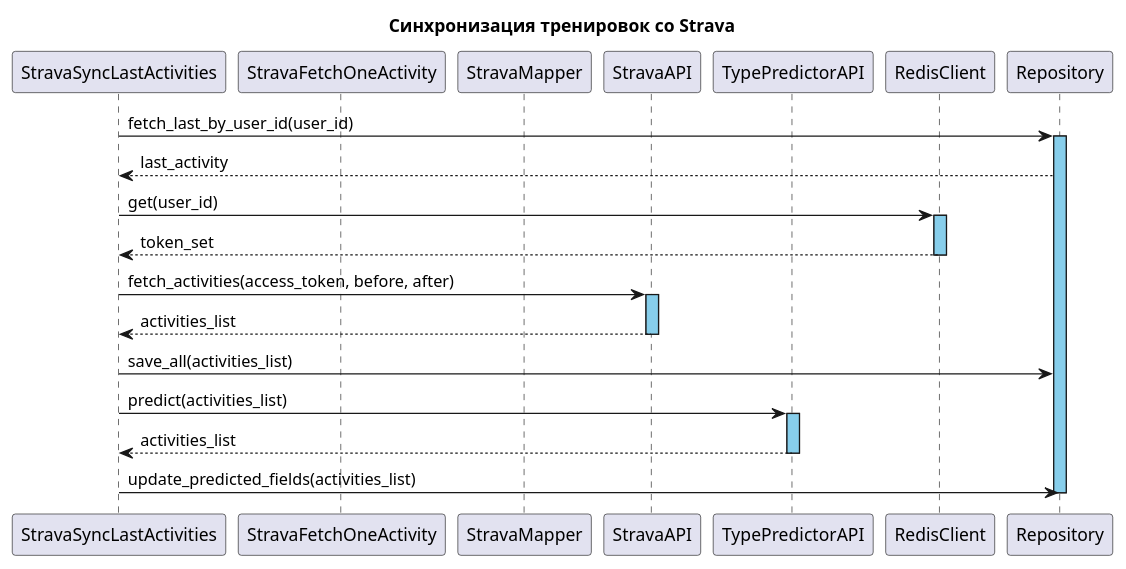
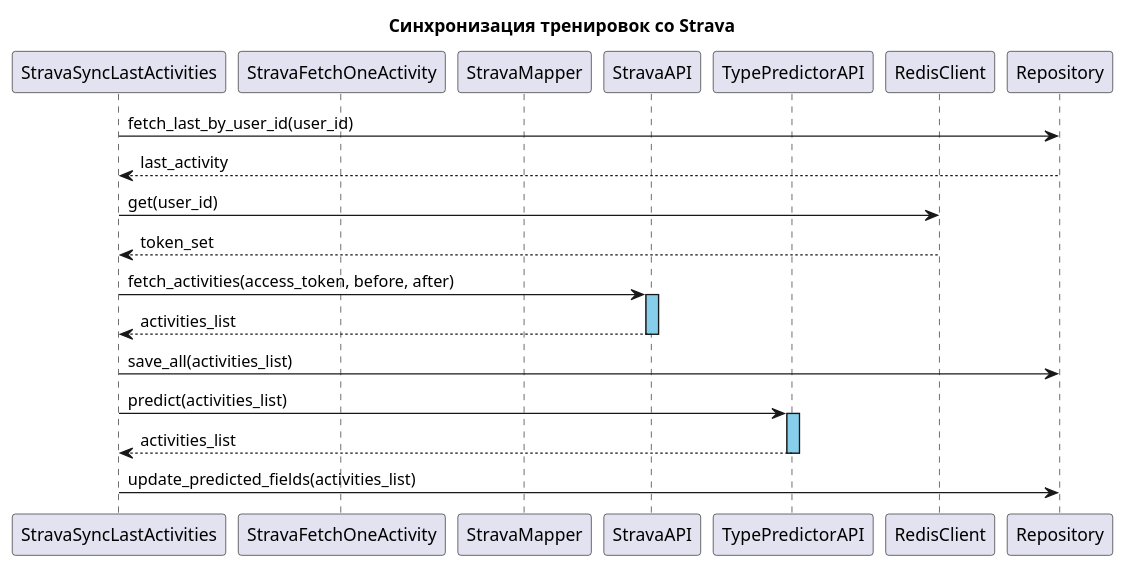
Before and after one commit to VadimBarinov/strava-activity-ui: the diagram in diagrams/sequence_activities_sync.puml, drawn with PlantUML. The commit also changed 4 other files, not shown here.

Commit message:
update all sequences

```diff
--- a/diagrams/sequence_activities_sync.puml
+++ b/diagrams/sequence_activities_sync.puml
@@ -1,26 +1,24 @@
 @startuml
 
 title Синхронизация тренировок со Strava
 
 participant StravaSyncLastActivities
 participant StravaFetchOneActivity
 participant StravaMapper
 participant StravaAPI
 participant TypePredictorAPI
 participant RedisClient
 participant Repository
 
-StravaSyncLastActivities -> Repository ++ #SkyBlue : fetch_last_by_user_id(user_id)
+StravaSyncLastActivities -> Repository : fetch_last_by_user_id(user_id)
 StravaSyncLastActivities <-- Repository : last_activity
-StravaSyncLastActivities -> RedisClient ++ #SkyBlue : get(user_id)
-StravaSyncLastActivities <-- RedisClient -- : token_set
+StravaSyncLastActivities -> RedisClient : get(user_id)
+StravaSyncLastActivities <-- RedisClient : token_set
 StravaSyncLastActivities -> StravaAPI ++ #SkyBlue : fetch_activities(access_token, before, after)
 StravaSyncLastActivities <-- StravaAPI -- : activities_list
 StravaSyncLastActivities -> Repository : save_all(activities_list)
 StravaSyncLastActivities -> TypePredictorAPI ++ #SkyBlue : predict(activities_list)
 StravaSyncLastActivities <-- TypePredictorAPI -- : activities_list
 StravaSyncLastActivities -> Repository : update_predicted_fields(activities_list)
-deactivate StravaSyncLastActivities
-deactivate Repository
 
 @enduml
```
